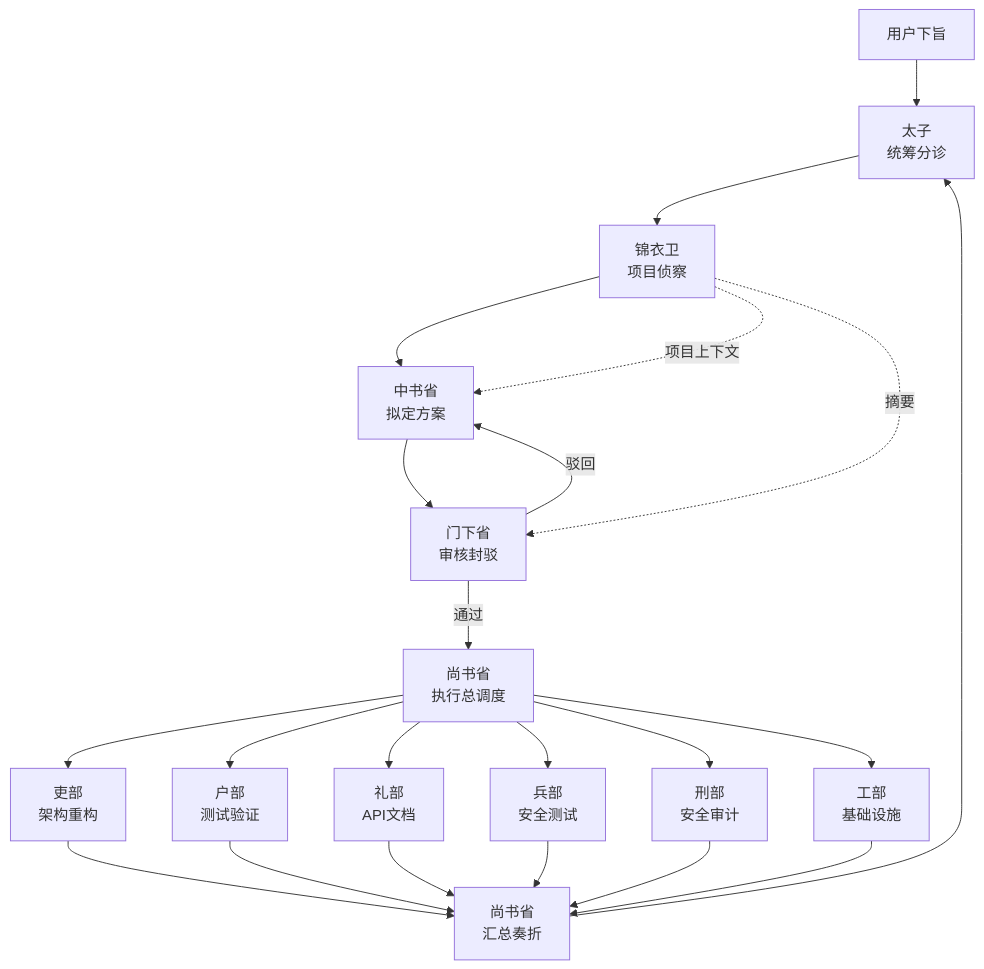
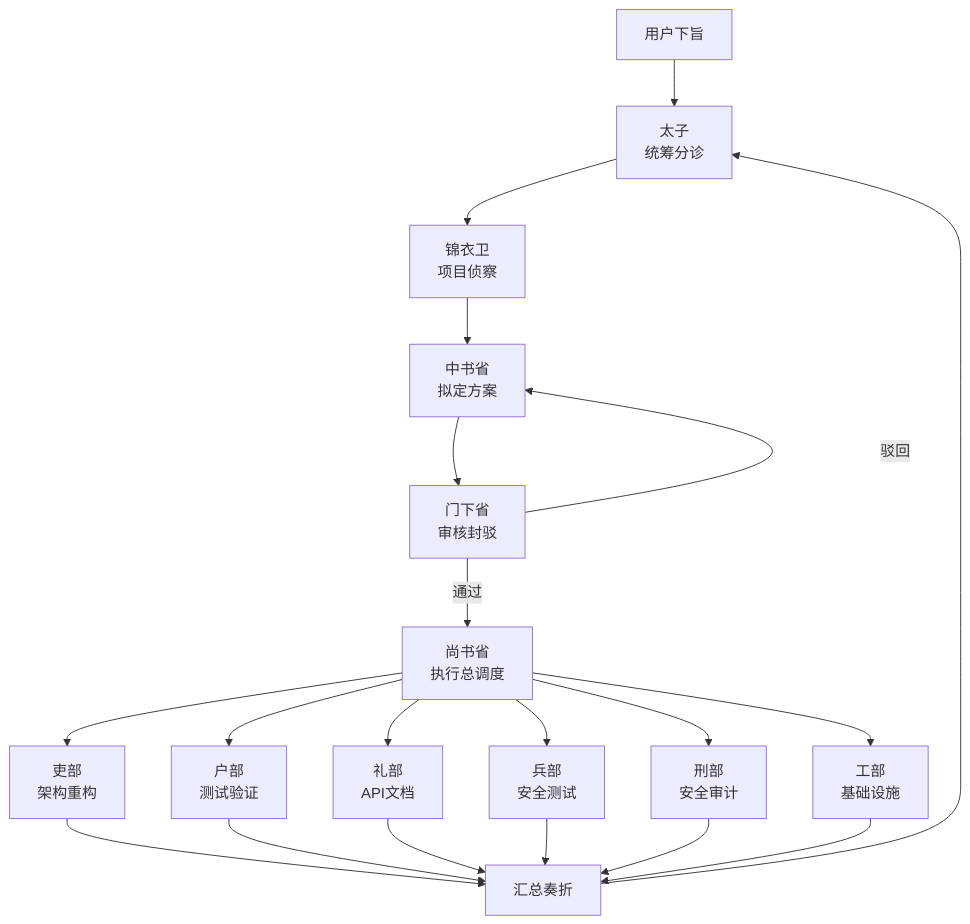
One commit to sjzsdu/Emperor changed the second of 2 diagrams in README.zh-CN.md. Above: the diagram before and after it, drawn with Mermaid. The commit also changed other lines of this file and 1 other file, not shown here.

````diff
--- a/README.zh-CN.md
+++ b/README.zh-CN.md
@@ -7,24 +117,22 @@
 ```mermaid
 graph TD
     User["用户下旨"] --> Taizi["太子<br/>统筹分诊"]
     Taizi --> Jinyiwei["锦衣卫<br/>项目侦察"]
     Jinyiwei --> Zhongshu["中书省<br/>拟定方案"]
     Zhongshu --> Menxia["门下省<br/>审核封驳"]
     Menxia -->|驳回| Zhongshu
     Menxia -->|通过| Shangshu["尚书省<br/>执行总调度"]
     Shangshu --> Libu["吏部<br/>架构重构"]
     Shangshu --> Hubu["户部<br/>测试验证"]
     Shangshu --> Libu2["礼部<br/>API文档"]
     Shangshu --> Bingbu["兵部<br/>安全测试"]
     Shangshu --> Xingbu["刑部<br/>安全审计"]
     Shangshu --> Gongbu["工部<br/>基础设施"]
-    Libu --> Memorial["尚书省<br/>汇总奏折"]
+    Libu --> Memorial["汇总奏折"]
     Hubu --> Memorial
     Libu2 --> Memorial
     Bingbu --> Memorial
     Xingbu --> Memorial
     Gongbu --> Memorial
     Memorial --> Taizi
-    Jinyiwei -.->|项目上下文| Zhongshu
-    Jinyiwei -.->|摘要| Menxia
 ```
````
